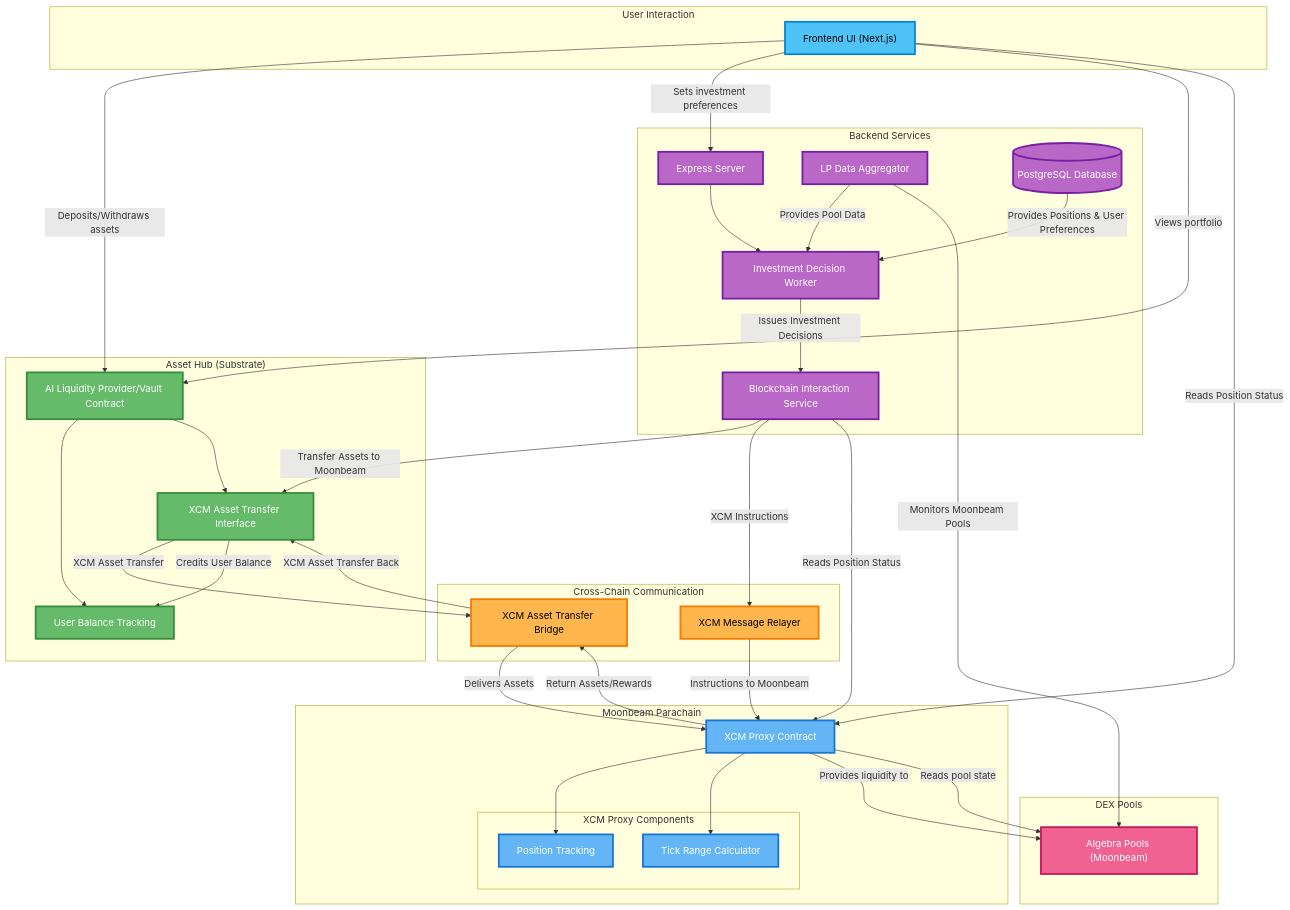
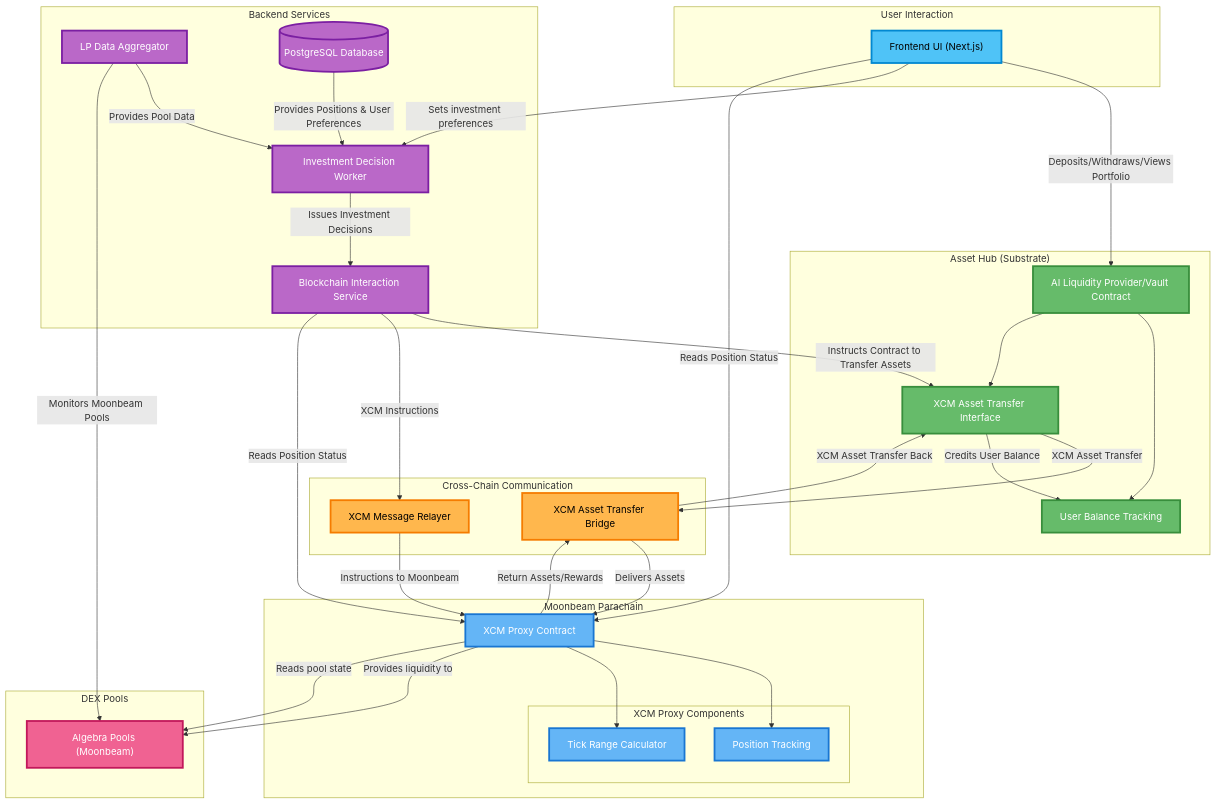
Before and after one commit to w3f/Grants-Program: the diagram in applications/LiquiDot.md, drawn with Mermaid.

```diff
--- a/applications/LiquiDot.md
+++ b/applications/LiquiDot.md
@@ -28,7 +28,6 @@
 
     %% Backend Services
     subgraph Backend["Backend Services"]
-        Server["Express Server"]
         PoolAnalytics["LP Data Aggregator"]
         IDWorker["Investment Decision Worker"]
         InvestmentDecision["Blockchain Interaction Service"]
@@ -63,22 +62,20 @@
     end
 
     %% User Flow Connections
-    Frontend -->|Deposits/Withdraws assets| AssetsPallet
-    Frontend -->|Sets investment preferences| Server
-    Frontend -->|Views portfolio| AssetsPallet
+    Frontend -->|Deposits/Withdraws/Views Portfolio| AssetsPallet
+    Frontend -->|Sets investment preferences| IDWorker
 
     %% Asset Management Flow
     AssetsPallet --> UserBalances
     AssetsPallet --> AssetTransfer
 
     %% Backend Decision Flow
-    Server --> IDWorker
     PostgreSQL -->|Provides Positions & User Preferences| IDWorker
     PoolAnalytics -->|Provides Pool Data| IDWorker
     IDWorker -->|Issues Investment Decisions| InvestmentDecision
 
     %% Asset Transfer Flow - Moonbeam
-    InvestmentDecision -->|Transfer Assets to Moonbeam| AssetTransfer
+    InvestmentDecision -->|Instructs Contract to Transfer Assets| AssetTransfer
     AssetTransfer -->|XCM Asset Transfer| AssetBridge
     AssetBridge -->|Delivers Assets| XCMProxy
 
@@ -111,7 +108,7 @@
     classDef dexLayer fill:#f06292,stroke:#c2185b,stroke-width:3px,color:#fff
 
     class Frontend userLayer
-    class Server,PoolAnalytics,IDWorker,InvestmentDecision,PostgreSQL backendLayer
+    class PoolAnalytics,IDWorker,InvestmentDecision,PostgreSQL backendLayer
     class AssetsPallet,UserBalances,AssetTransfer assetHubLayer
     class XCMRelayer,AssetBridge crossChainLayer
     class XCMProxy,PositionTracking,RangeCalculator moonbeamLayer
```
